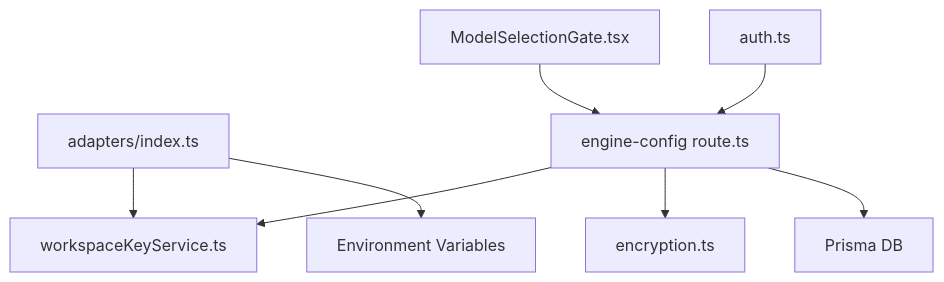
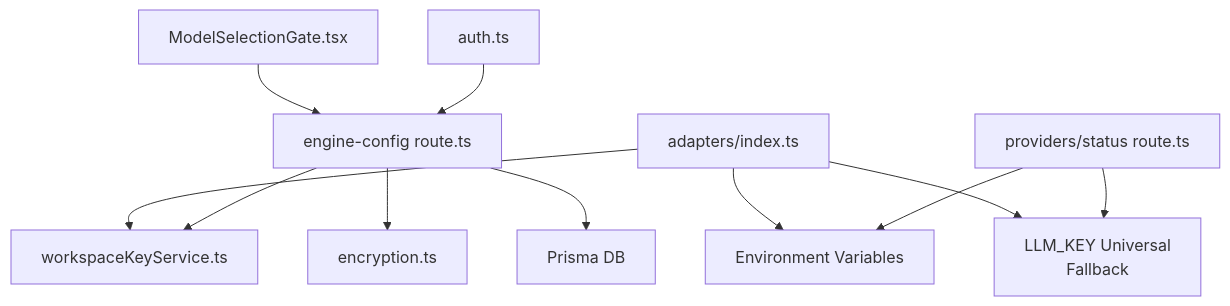
The ninth of 9 diagrams in .qoder/repowiki/en/content/AI Generation Engine/AI Provider Adapters/Configuration & Authentication Management.md (shekhargiri005-dotcom/AI-powered-accessibility-first-UI-engine), drawn with Mermaid before and after one commit. The commit also changed other lines of this file and 8 other files, not shown here.

````diff
--- a/.qoder/repowiki/en/content/AI Generation Engine/AI Provider Adapters/Configuration & Authentication Management.md
+++ b/.qoder/repowiki/en/content/AI Generation Engine/AI Provider Adapters/Configuration & Authentication Management.md
@@ -295,10 +330,13 @@
 ```mermaid
 graph TB
 ADP["adapters/index.ts"] --> WKS["workspaceKeyService.ts"]
 ADP --> ENV["Environment Variables"]
+ADP --> LLM["LLM_KEY Universal<br/>Fallback"]
 API["engine-config route.ts"] --> WKS
 API --> ENC["encryption.ts"]
 API --> PRISMA["Prisma DB"]
 UI["ModelSelectionGate.tsx"] --> API
 AUTH["auth.ts"] --> API
+PS["providers/status route.ts"] --> ENV
+PS --> LLM
 ```
````
